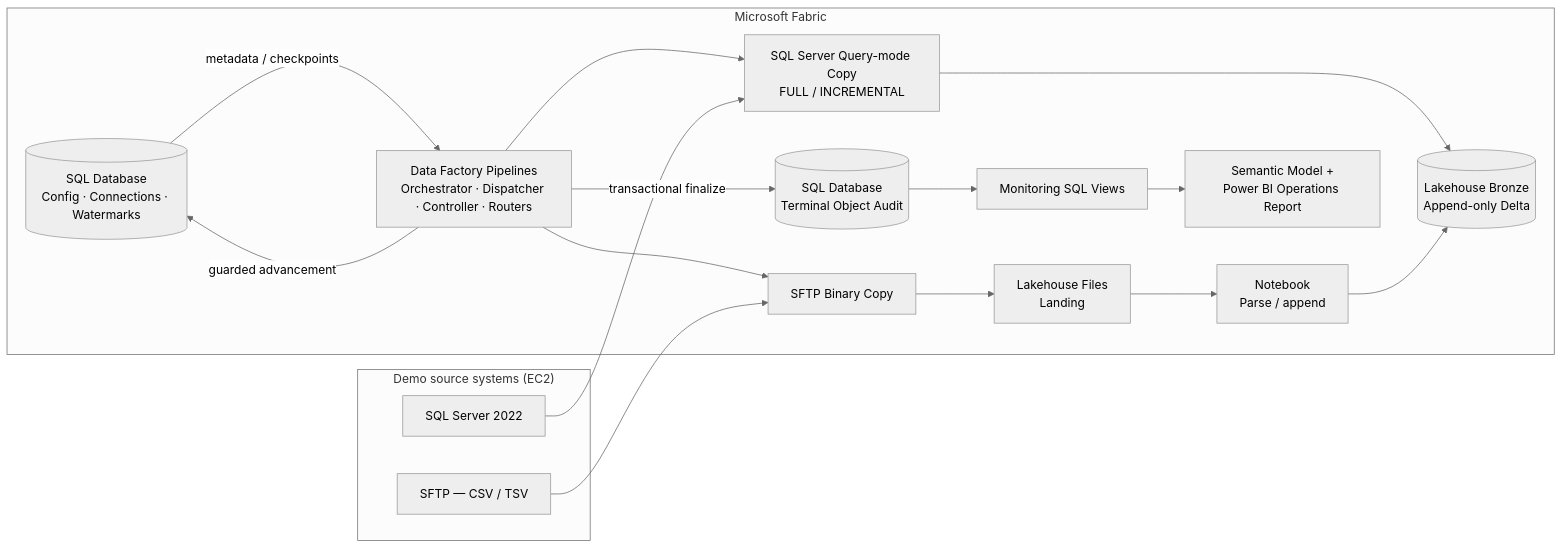
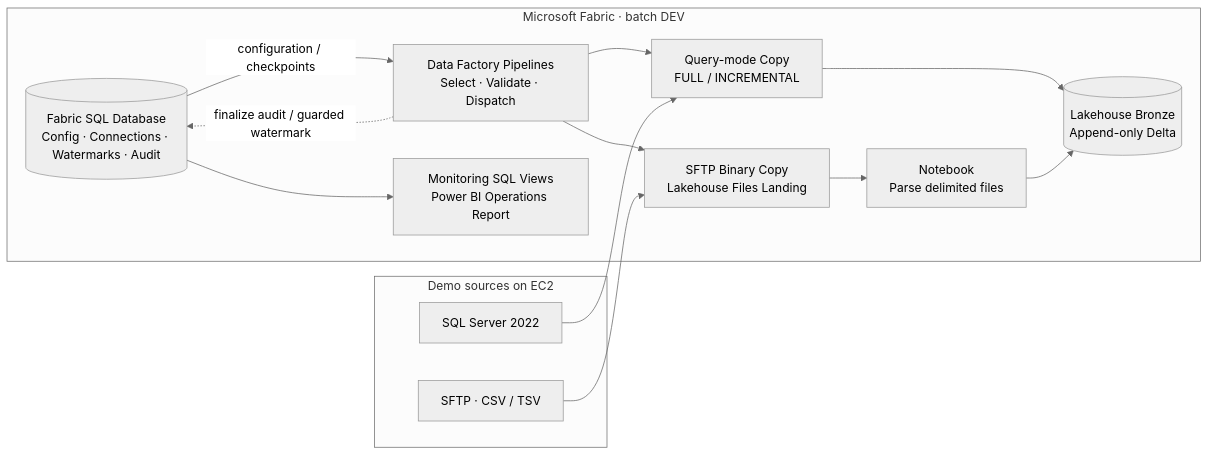
Before and after one commit to getnkit/fabric-metadata-driven-ingestion: the diagram in README.md, drawn with Mermaid (neutral theme). The commit also changed other lines of this file, not shown here.

Commit message:
docs: use a single source-editable Mermaid architecture overview in README

````diff
--- a/README.md
+++ b/README.md
@@ -29,27 +22,23 @@
 ```mermaid
 flowchart LR
-    subgraph SRC["Demo source systems (EC2)"]
-      SQL["SQL Server 2022"]
-      SFTP["SFTP — CSV / TSV"]
+    subgraph SRC["Demo sources on EC2"]
+        SQL["SQL Server 2022"]
+        SFTP["SFTP · CSV / TSV"]
     end
-    subgraph FABRIC["Microsoft Fabric"]
-      CP[("SQL Database<br/>Config · Connections · Watermarks")]
-      ORCH["Data Factory Pipelines<br/>Orchestrator · Dispatcher · Controller · Routers"]
-      SQLCP["SQL Server Query-mode Copy<br/>FULL / INCREMENTAL"]
-      BIN["SFTP Binary Copy"]
-      LAND["Lakehouse Files<br/>Landing"]
-      NB["Notebook<br/>Parse / append"]
-      BRONZE[("Lakehouse Bronze<br/>Append-only Delta")]
-      AUDIT[("SQL Database<br/>Terminal Object Audit")]
-      VIEWS["Monitoring SQL Views"]
-      PBI["Semantic Model +<br/>Power BI Operations Report"]
+    subgraph FABRIC["Microsoft Fabric · batch DEV"]
+        CP[("Fabric SQL Database<br/>Config · Connections · Watermarks · Audit")]
+        ORCH["Data Factory Pipelines<br/>Select · Validate · Dispatch"]
+        SQLCOPY["Query-mode Copy<br/>FULL / INCREMENTAL"]
+        LAND["SFTP Binary Copy<br/>Lakehouse Files Landing"]
+        NB["Notebook<br/>Parse delimited files"]
+        BRONZE[("Lakehouse Bronze<br/>Append-only Delta")]
+        OPS["Monitoring SQL Views<br/>Power BI Operations Report"]
     end
-    CP -- "metadata / checkpoints" --> ORCH
-    ORCH --> SQLCP
-    ORCH --> BIN
-    SQL --> SQLCP --> BRONZE
-    SFTP --> BIN --> LAND --> NB --> BRONZE
-    ORCH -- "transactional finalize" --> AUDIT
-    AUDIT --> VIEWS --> PBI
-    ORCH -- "guarded advancement" --> CP
+    CP -->|"configuration / checkpoints"| ORCH
+    ORCH --> SQLCOPY
+    ORCH --> LAND
+    SQL --> SQLCOPY --> BRONZE
+    SFTP --> LAND --> NB --> BRONZE
+    ORCH -.->|"finalize audit / guarded watermark"| CP
+    CP --> OPS
 ```
````
